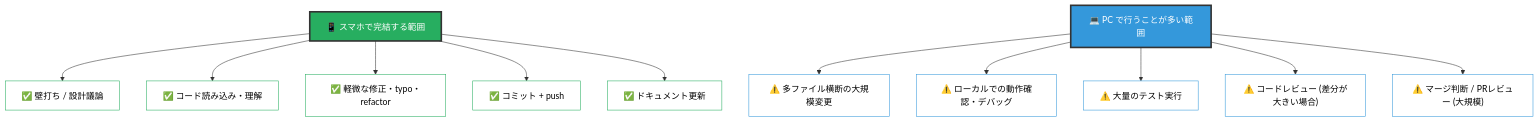
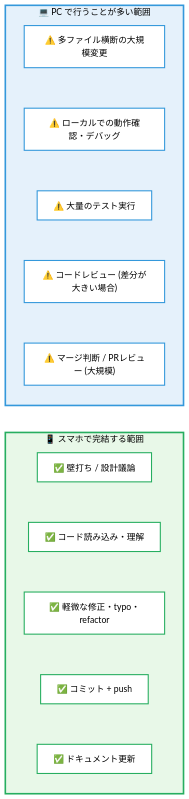
Before and after one commit to kasuyaofcb/tech_docs: the seventh of 11 diagrams in 05_mobile-workflow/mobile-workflow.md, drawn with Mermaid.

Commit message:
docs(mobile-workflow): §6を2カラム横並びレイアウトに変更
flowchart TB + 親子矢印 → flowchart LR + 2 subgraph (内部 TB) に変更し、
「スマホ完結範囲」と「PC範囲」を左右に並べることで視認性を向上。
subgraph 内は ~~~ で項目を縦に揃え、整列感を確保。

````diff
--- a/05_mobile-workflow/mobile-workflow.md
+++ b/05_mobile-workflow/mobile-workflow.md
@@ -177,31 +177,35 @@
 ```mermaid
-flowchart TB
-    SCOPE["📱 スマホで完結する範囲"]
+flowchart LR
+    subgraph M["📱 スマホで完結する範囲"]
+        direction TB
+        Y1["✅ 壁打ち / 設計議論"]
+        Y2["✅ コード読み込み・理解"]
+        Y3["✅ 軽微な修正・typo・refactor"]
+        Y4["✅ コミット + push"]
+        Y5["✅ ドキュメント更新"]
+        Y1 ~~~ Y2 ~~~ Y3 ~~~ Y4 ~~~ Y5
+    end
 
-    SCOPE --> Y1["✅ 壁打ち / 設計議論"]
-    SCOPE --> Y2["✅ コード読み込み・理解"]
-    SCOPE --> Y3["✅ 軽微な修正・typo・refactor"]
-    SCOPE --> Y4["✅ コミット + push"]
-    SCOPE --> Y5["✅ ドキュメント更新"]
+    subgraph P["💻 PC で行うことが多い範囲"]
+        direction TB
+        N1["⚠️ 多ファイル横断の大規模変更"]
+        N2["⚠️ ローカルでの動作確認・デバッグ"]
+        N3["⚠️ 大量のテスト実行"]
+        N4["⚠️ コードレビュー (差分が大きい場合)"]
+        N5["⚠️ マージ判断 / PRレビュー (大規模)"]
+        N1 ~~~ N2 ~~~ N3 ~~~ N4 ~~~ N5
+    end
 
-    OUT["💻 PC で行うことが多い範囲"]
-
-    OUT --> N1["⚠️ 多ファイル横断の大規模変更"]
-    OUT --> N2["⚠️ ローカルでの動作確認・デバッグ"]
-    OUT --> N3["⚠️ 大量のテスト実行"]
-    OUT --> N4["⚠️ コードレビュー (差分が大きい場合)"]
-    OUT --> N5["⚠️ マージ判断 / PRレビュー (大規模)"]
-
-    style SCOPE fill:#27AE60,color:#FFFFFF,stroke:#333,stroke-width:3px
-    style OUT fill:#3498DB,color:#FFFFFF,stroke:#333,stroke-width:3px
-    style Y1 fill:#fff,color:#000,stroke:#27AE60
-    style Y2 fill:#fff,color:#000,stroke:#27AE60
-    style Y3 fill:#fff,color:#000,stroke:#27AE60
-    style Y4 fill:#fff,color:#000,stroke:#27AE60
-    style Y5 fill:#fff,color:#000,stroke:#27AE60
-    style N1 fill:#fff,color:#000,stroke:#3498DB
-    style N2 fill:#fff,color:#000,stroke:#3498DB
-    style N3 fill:#fff,color:#000,stroke:#3498DB
-    style N4 fill:#fff,color:#000,stroke:#3498DB
-    style N5 fill:#fff,color:#000,stroke:#3498DB
+    style M fill:#E8F8E8,stroke:#27AE60,stroke-width:3px,color:#000
+    style P fill:#E5F1FB,stroke:#3498DB,stroke-width:3px,color:#000
+    style Y1 fill:#fff,color:#000,stroke:#27AE60,stroke-width:2px
+    style Y2 fill:#fff,color:#000,stroke:#27AE60,stroke-width:2px
+    style Y3 fill:#fff,color:#000,stroke:#27AE60,stroke-width:2px
+    style Y4 fill:#fff,color:#000,stroke:#27AE60,stroke-width:2px
+    style Y5 fill:#fff,color:#000,stroke:#27AE60,stroke-width:2px
+    style N1 fill:#fff,color:#000,stroke:#3498DB,stroke-width:2px
+    style N2 fill:#fff,color:#000,stroke:#3498DB,stroke-width:2px
+    style N3 fill:#fff,color:#000,stroke:#3498DB,stroke-width:2px
+    style N4 fill:#fff,color:#000,stroke:#3498DB,stroke-width:2px
+    style N5 fill:#fff,color:#000,stroke:#3498DB,stroke-width:2px
 ```
````
